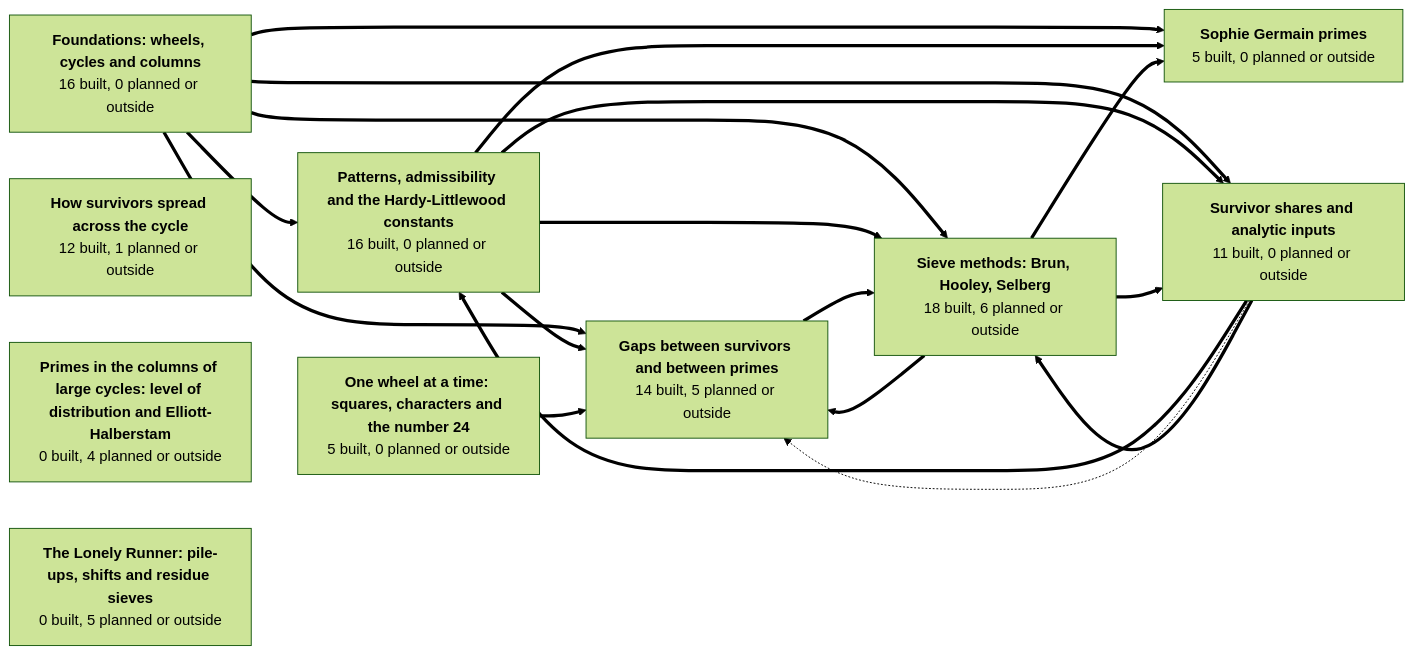
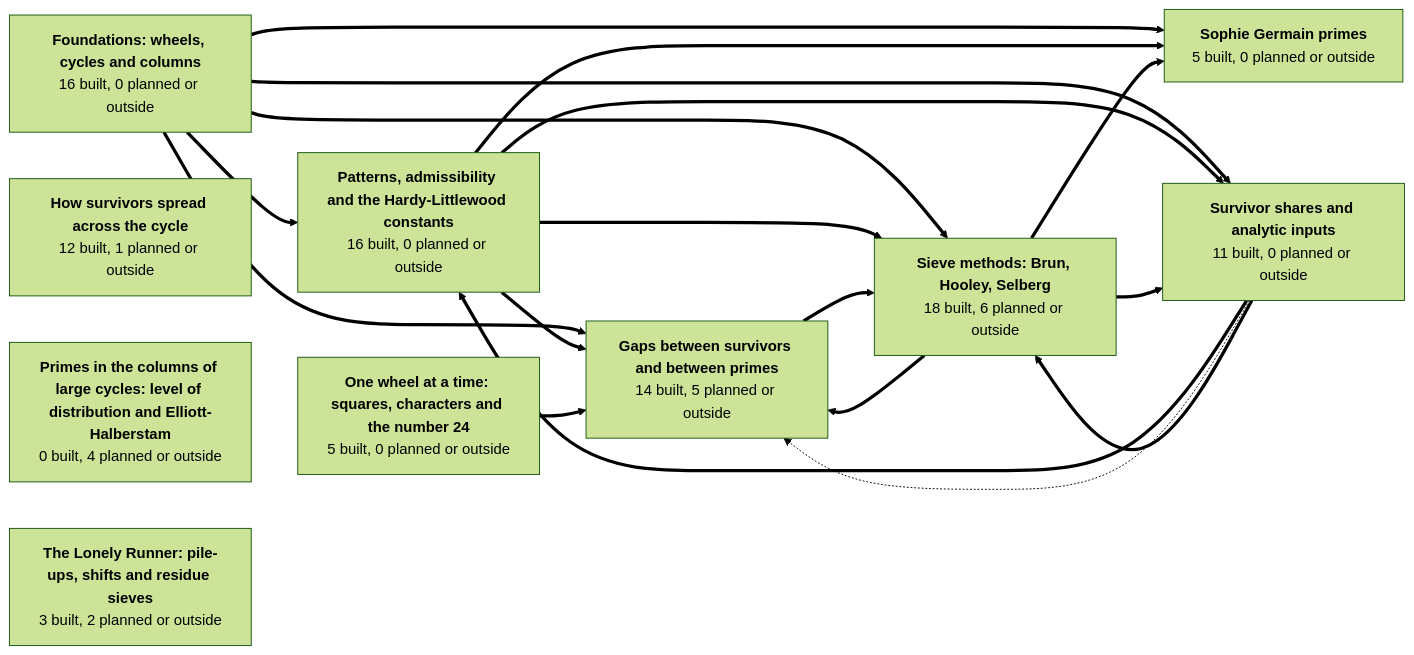
The first of 11 diagrams in GRAPH.md (golfbum71/RNS-Sieve-Network), drawn with Mermaid (forest theme) before and after one commit. The commit also changed other lines of this file and 17 other files, not shown here.

First line of the commit message:
PileUpLock, SmallDivisorPulse, TeamShift: built clean (standard axioms); metadata, node list and graph

````diff
--- a/GRAPH.md
+++ b/GRAPH.md
@@ -45,40 +45,40 @@
 ```mermaid
 graph LR
   g1["<b>Foundations: wheels, cycles and columns</b><br/>16 built, 0 planned or outside"]
   g2["<b>Patterns, admissibility and the Hardy-Littlewood constants</b><br/>16 built, 0 planned or outside"]
   g3["<b>How survivors spread across the cycle</b><br/>12 built, 1 planned or outside"]
   g4["<b>Gaps between survivors and between primes</b><br/>14 built, 5 planned or outside"]
   g5["<b>Sophie Germain primes</b><br/>5 built, 0 planned or outside"]
   g6["<b>Survivor shares and analytic inputs</b><br/>11 built, 0 planned or outside"]
   g7["<b>One wheel at a time: squares, characters and the number 24</b><br/>5 built, 0 planned or outside"]
   g8["<b>Sieve methods: Brun, Hooley, Selberg</b><br/>18 built, 6 planned or outside"]
   g9["<b>Primes in the columns of large cycles: level of distribution and Elliott-Halberstam</b><br/>0 built, 4 planned or outside"]
-  g10["<b>The Lonely Runner: pile-ups, shifts and residue sieves</b><br/>0 built, 5 planned or outside"]
+  g10["<b>The Lonely Runner: pile-ups, shifts and residue sieves</b><br/>3 built, 2 planned or outside"]
   g1 ==> g2
   g1 ==> g4
   g1 ==> g5
   g1 ==> g6
   g1 ==> g8
   g2 ==> g4
   g2 ==> g5
   g2 ==> g6
   g2 ==> g8
   g4 ==> g8
   g6 ==> g2
   g6 -.-> g4
   g6 ==> g8
   g7 ==> g4
   g8 ==> g4
   g8 ==> g5
   g8 ==> g6
   click g1 href "https://github.com/golfbum71/RNS-Sieve-Network/blob/main/GRAPH.md#foundations-wheels-cycles-and-columns" _self
   click g2 href "https://github.com/golfbum71/RNS-Sieve-Network/blob/main/GRAPH.md#patterns-admissibility-and-the-hardy-littlewood-constants" _self
   click g3 href "https://github.com/golfbum71/RNS-Sieve-Network/blob/main/GRAPH.md#how-survivors-spread-across-the-cycle" _self
   click g4 href "https://github.com/golfbum71/RNS-Sieve-Network/blob/main/GRAPH.md#gaps-between-survivors-and-between-primes" _self
   click g5 href "https://github.com/golfbum71/RNS-Sieve-Network/blob/main/GRAPH.md#sophie-germain-primes" _self
   click g6 href "https://github.com/golfbum71/RNS-Sieve-Network/blob/main/GRAPH.md#survivor-shares-and-analytic-inputs" _self
   click g7 href "https://github.com/golfbum71/RNS-Sieve-Network/blob/main/GRAPH.md#one-wheel-at-a-time-squares-characters-and-the-number-24" _self
   click g8 href "https://github.com/golfbum71/RNS-Sieve-Network/blob/main/GRAPH.md#sieve-methods-brun-hooley-selberg" _self
   click g9 href "https://github.com/golfbum71/RNS-Sieve-Network/blob/main/GRAPH.md#primes-in-the-columns-of-large-cycles-level-of-distribution-and-elliott-halberstam" _self
   click g10 href "https://github.com/golfbum71/RNS-Sieve-Network/blob/main/GRAPH.md#the-lonely-runner-pile-ups-shifts-and-residue-sieves" _self
 ```
````
